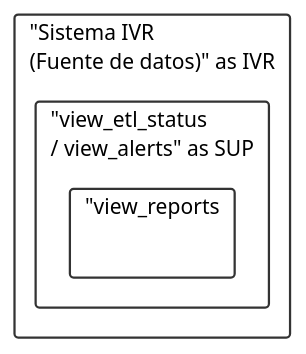
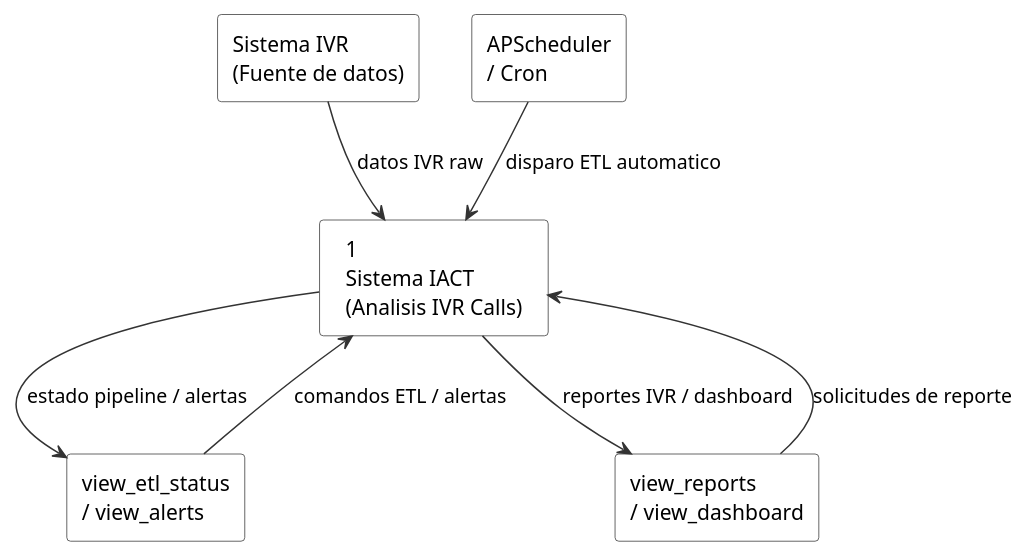
The second of 3 diagrams in source/arquitectura-tecnica/arquitectura-sistema.rst (jcg-admin/IACT-docs), drawn with PlantUML before and after one commit. The commit also changed 77 other files, not shown here.

First line of the commit message:
Enforce RBAC function names as actors in all UML diagrams

```diff
--- a/source/arquitectura-tecnica/arquitectura-sistema.rst
+++ b/source/arquitectura-tecnica/arquitectura-sistema.rst
@@ -170,14 +170,26 @@
 .. uml::
  :caption: Figura 2 — DFD Nivel 0: Sistema IACT como caja negra
 
  @startuml
  skinparam rectangle {
    BackgroundColor white
    BorderColor #333333
    RoundCorner 5
  }
  skinparam arrowColor #333333
 
  rectangle "Sistema IVR\n(Fuente de datos)" as IVR
  rectangle "view_etl_status\n/ view_alerts" as SUP
- rectangle "view_reports
+ rectangle "view_reports\n/ view_dashboard" as ANA
+ rectangle "APScheduler\n/ Cron" as SCH
+
+ rectangle "  1\n  Sistema IACT\n  (Analisis IVR Calls)  " as IACT
+
+ IVR --> IACT : datos IVR raw
+ SUP --> IACT : comandos ETL / alertas
+ ANA --> IACT : solicitudes de reporte
+ SCH --> IACT : disparo ETL automatico
+ IACT --> SUP : estado pipeline / alertas
+ IACT --> ANA : reportes IVR / dashboard
+
+ @enduml
```
